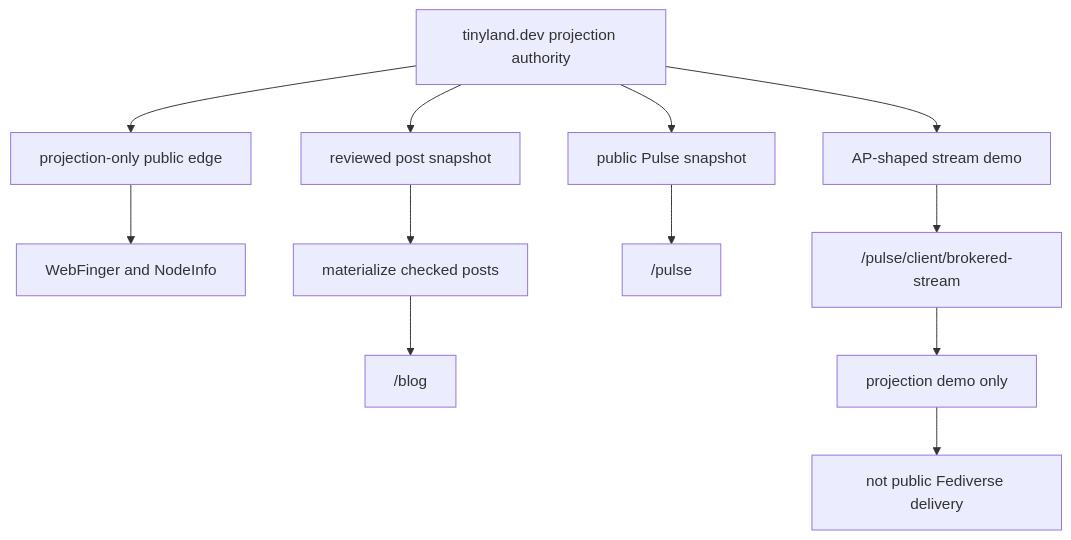
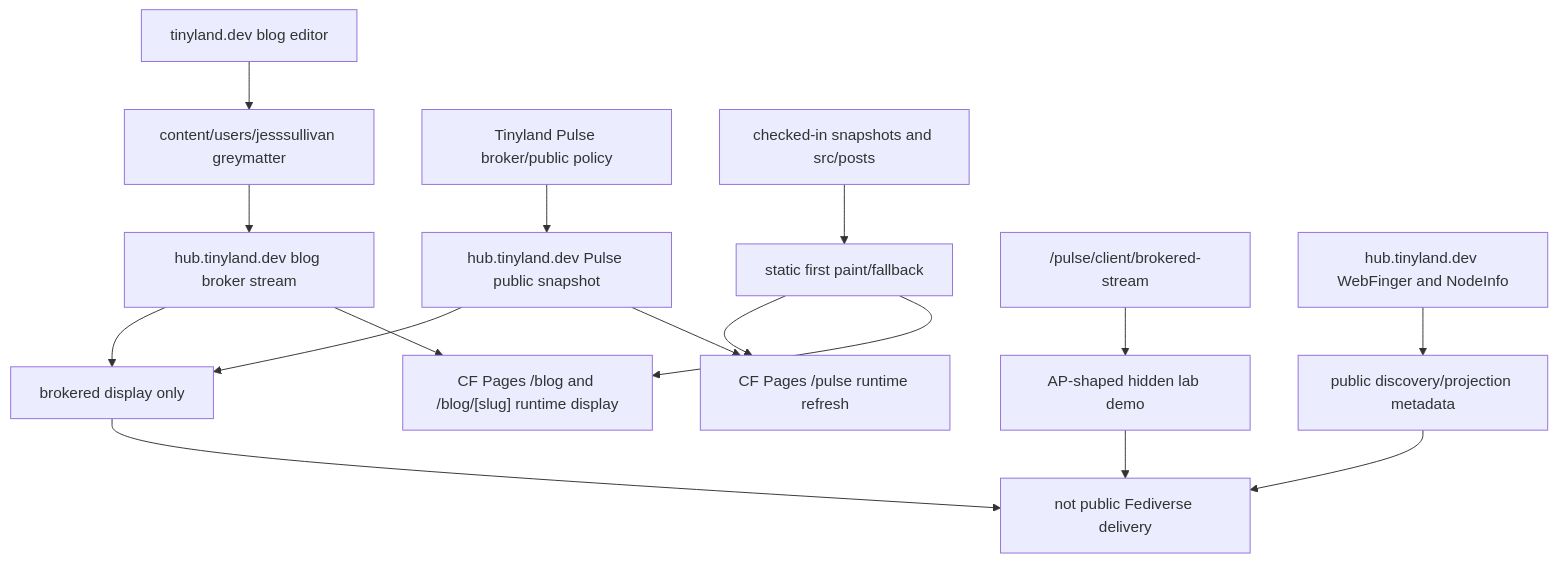
Before and after one commit to Jesssullivan/jesssullivan.github.io: the fourth of 5 diagrams in README.md, drawn with Mermaid. The commit also changed other lines of this file and 10 other files, not shown here.

Commit message:
docs(blog): align broker display surface

````diff
--- a/README.md
+++ b/README.md
@@ -116,17 +130,23 @@
 ```mermaid
 flowchart TB
-    Tinyland["tinyland.dev projection authority"] --> PostSnapshot["reviewed post snapshot"]
-    Tinyland --> PulseSnapshot["public Pulse snapshot"]
-    Tinyland --> StreamDemo["AP-shaped stream demo"]
-    Tinyland --> Edge["projection-only public edge"]
-    Edge --> WebFinger["WebFinger and NodeInfo"]
+    TinylandEditor["tinyland.dev blog editor"] --> Greymatter["content/users/jesssullivan greymatter"]
+    Greymatter --> BlogBroker["hub.tinyland.dev blog broker stream"]
+    BlogBroker --> BlogRuntime["CF Pages /blog and /blog/[slug] runtime display"]
 
-    PostSnapshot --> IngestPosts["materialize checked posts"]
-    IngestPosts --> Blog["/blog"]
+    PulseBroker["Tinyland Pulse broker/public policy"] --> PulseSnapshot["hub.tinyland.dev Pulse public snapshot"]
+    PulseSnapshot --> PulseRuntime["CF Pages /pulse runtime refresh"]
 
-    PulseSnapshot --> PulseRoute["/pulse"]
-    StreamDemo --> HiddenLab["/pulse/client/brokered-stream"]
+    StaticFixtures["checked-in snapshots and src/posts"] --> FirstPaint["static first paint/fallback"]
+    FirstPaint --> BlogRuntime
+    FirstPaint --> PulseRuntime
 
-    HiddenLab --> Boundary["projection demo only"]
-    Boundary --> NotFederation["not public Fediverse delivery"]
+    BlogBroker --> DisplayOnly["brokered display only"]
+    PulseSnapshot --> DisplayOnly
+    DisplayOnly --> NotFederation["not public Fediverse delivery"]
+
+    ApLab["/pulse/client/brokered-stream"] --> ApDemo["AP-shaped hidden lab demo"]
+    ApDemo --> NotFederation
+
+    HubDiscovery["hub.tinyland.dev WebFinger and NodeInfo"] --> DiscoveryOnly["public discovery/projection metadata"]
+    DiscoveryOnly --> NotFederation
 ```
````
